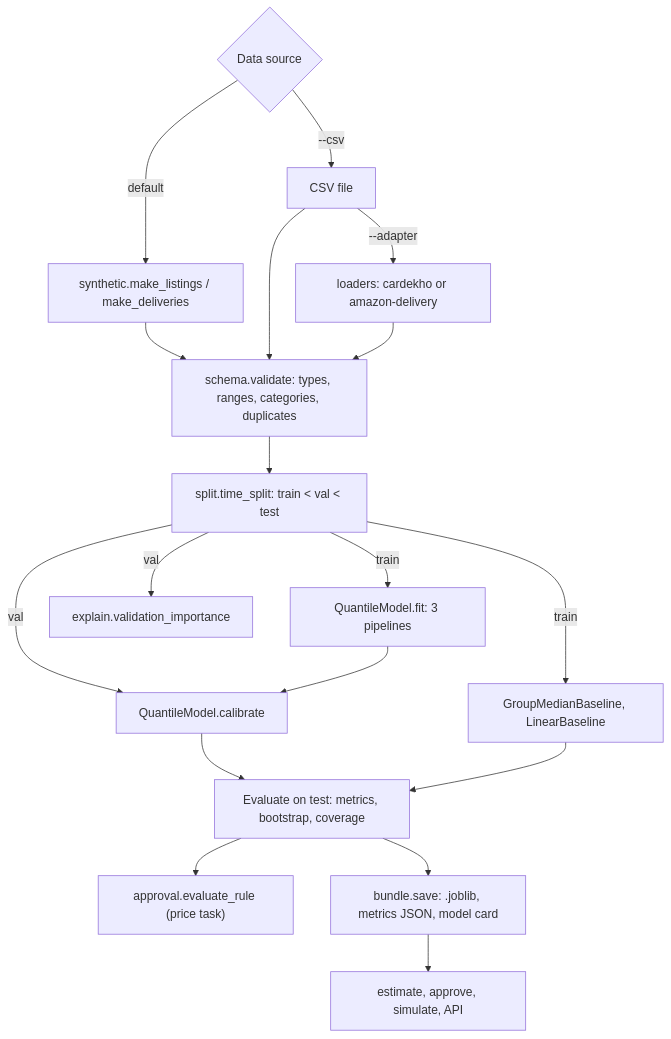
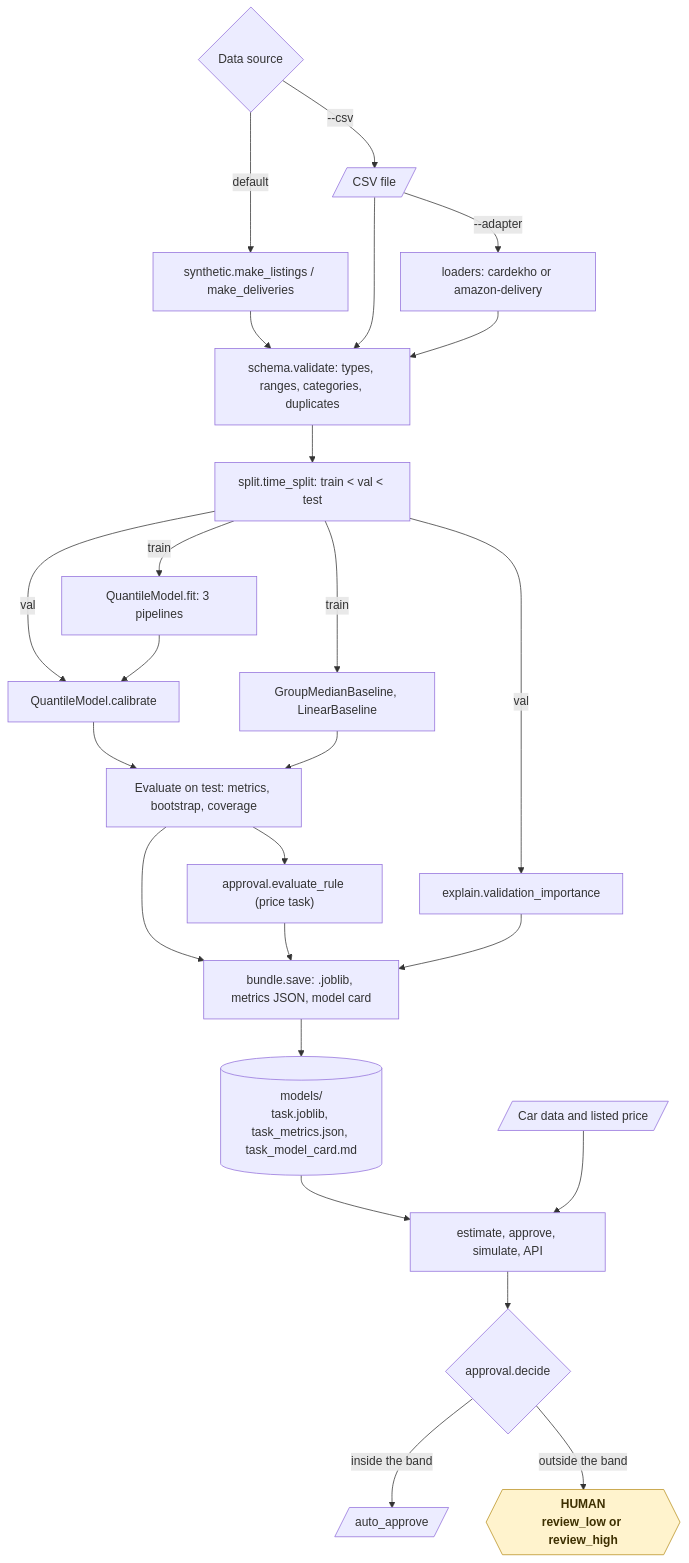
The fifth of 18 diagrams in README.md (KrishnaAnnavaram/autovalue), drawn with Mermaid before and after one commit. The commit also changed other lines of this file, not shown here.

Commit message:
Add the workflow diagrams to the README

````diff
--- a/README.md
+++ b/README.md
@@ -214,20 +282,30 @@
 ```mermaid
-flowchart TB
+flowchart TD
     SRC{"Data source"} -- "default" --> SYN["synthetic.make_listings / make_deliveries"]
-    SRC -- "--csv" --> CSV["CSV file"]
+    SRC -- "--csv" --> CSV[/"CSV file"/]
     CSV -- "--adapter" --> ADP["loaders: cardekho or amazon-delivery"]
     SYN --> VAL["schema.validate: types, ranges, categories, duplicates"]
     CSV --> VAL
     ADP --> VAL
     VAL --> SPLIT["split.time_split: train < val < test"]
     SPLIT -- "train" --> FIT["QuantileModel.fit: 3 pipelines"]
     SPLIT -- "train" --> BASE["GroupMedianBaseline, LinearBaseline"]
     SPLIT -- "val" --> CAL["QuantileModel.calibrate"]
     SPLIT -- "val" --> IMP["explain.validation_importance"]
     FIT --> CAL
     CAL --> EVAL["Evaluate on test: metrics, bootstrap, coverage"]
     BASE --> EVAL
     EVAL --> APP["approval.evaluate_rule (price task)"]
     EVAL --> SAVE["bundle.save: .joblib, metrics JSON, model card"]
-    SAVE --> USE["estimate, approve, simulate, API"]
+    APP --> SAVE
+    IMP --> SAVE
+    SAVE --> STORE[("models/<br/>task.joblib, task_metrics.json, task_model_card.md")]
+    STORE --> USE["estimate, approve, simulate, API"]
+    CAR[/"Car data and listed price"/] --> USE
+    USE --> DEC{"approval.decide"}
+    DEC -- "inside the band" --> OK[/"auto_approve"/]
+    DEC -- "outside the band" --> HUMAN{{"HUMAN<br/>review_low or review_high"}}
+
+    classDef human fill:#fff3cd,stroke:#b8901f,color:#3d2f00,font-weight:bold
+    class HUMAN human
 ```
````
